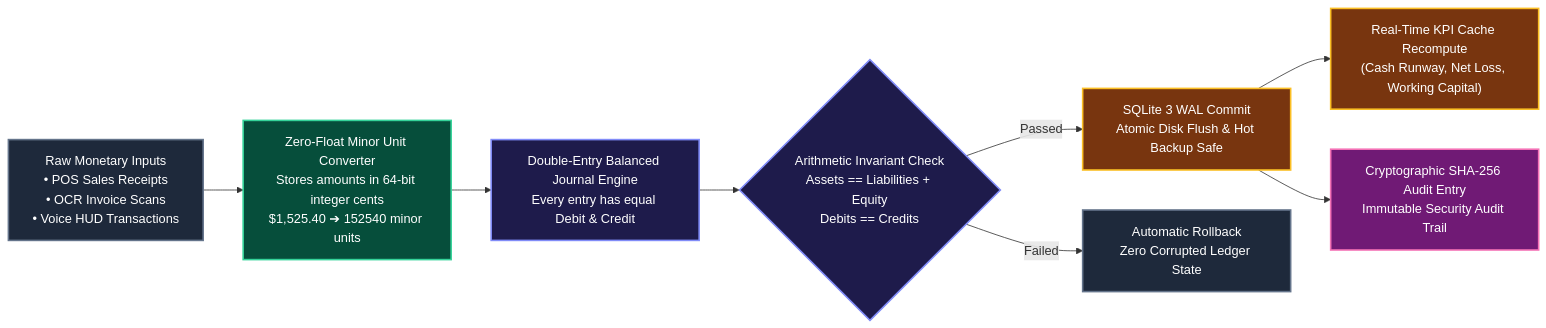
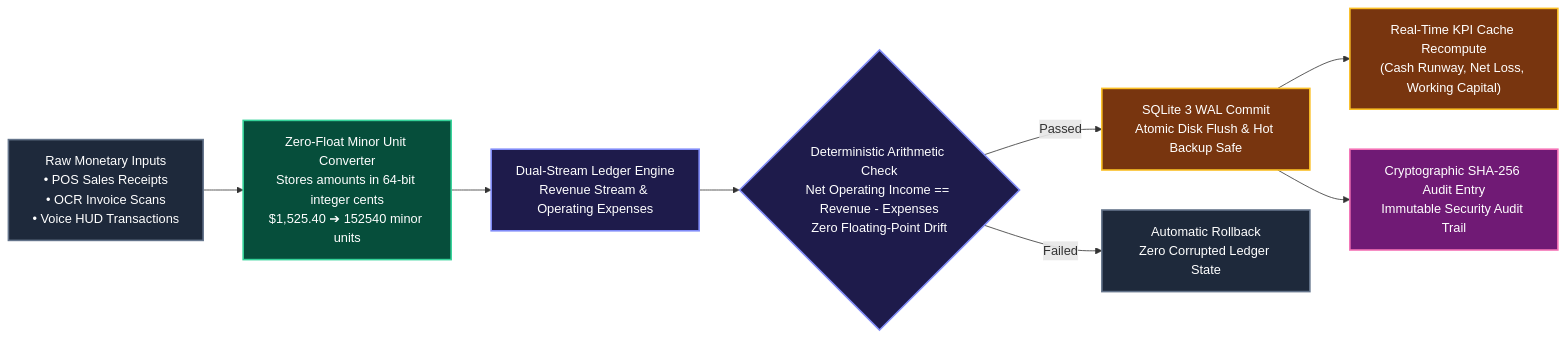
The fifth of 5 diagrams in README.md (ashik123-a1/Finova-Finpilot), drawn with Mermaid before and after one commit. The commit also changed other lines of this file and 25 other files, not shown here.

Commit message:
refactor(repo): organize historical reports into reports/historical/, add MIT LICENSE, eliminate double-entry wording, and make quickstart paths portable

````diff
--- a/README.md
+++ b/README.md
@@ -499,20 +499,20 @@
 ```mermaid
 flowchart LR
     classDef source fill:#1e293b,stroke:#64748b,stroke-width:2px,color:#fff;
     classDef integer fill:#064e3b,stroke:#34d399,stroke-width:2px,color:#fff;
     classDef journal fill:#1e1b4b,stroke:#818cf8,stroke-width:2px,color:#fff;
     classDef wal fill:#78350f,stroke:#fbbf24,stroke-width:2px,color:#fff;
     classDef audit fill:#701a75,stroke:#f472b6,stroke-width:2px,color:#fff;
 
     SOURCE["Raw Monetary Inputs<br/>• POS Sales Receipts<br/>• OCR Invoice Scans<br/>• Voice HUD Transactions"]:::source --> CONVERT["Zero-Float Minor Unit Converter<br/>Stores amounts in 64-bit integer cents<br/>$1,525.40 ➔ 152540 minor units"]:::integer
 
-    CONVERT --> POST["Double-Entry Balanced Journal Engine<br/>Every entry has equal Debit & Credit"]:::journal
+    CONVERT --> POST["Dual-Stream Ledger Engine<br/>Revenue Stream & Operating Expenses"]:::journal
 
-    POST --> INVARIANT{"Arithmetic Invariant Check<br/>Assets == Liabilities + Equity<br/>Debits == Credits"}:::journal
+    POST --> INVARIANT{"Deterministic Arithmetic Check<br/>Net Operating Income == Revenue - Expenses<br/>Zero Floating-Point Drift"}:::journal
 
     INVARIANT -->|Passed| WAL["SQLite 3 WAL Commit<br/>Atomic Disk Flush & Hot Backup Safe"]:::wal
     INVARIANT -->|Failed| REVERT["Automatic Rollback<br/>Zero Corrupted Ledger State"]:::source
 
     WAL --> KPI["Real-Time KPI Cache Recompute<br/>(Cash Runway, Net Loss, Working Capital)"]:::wal
     WAL --> AUDIT["Cryptographic SHA-256 Audit Entry<br/>Immutable Security Audit Trail"]:::audit
 ```
````
